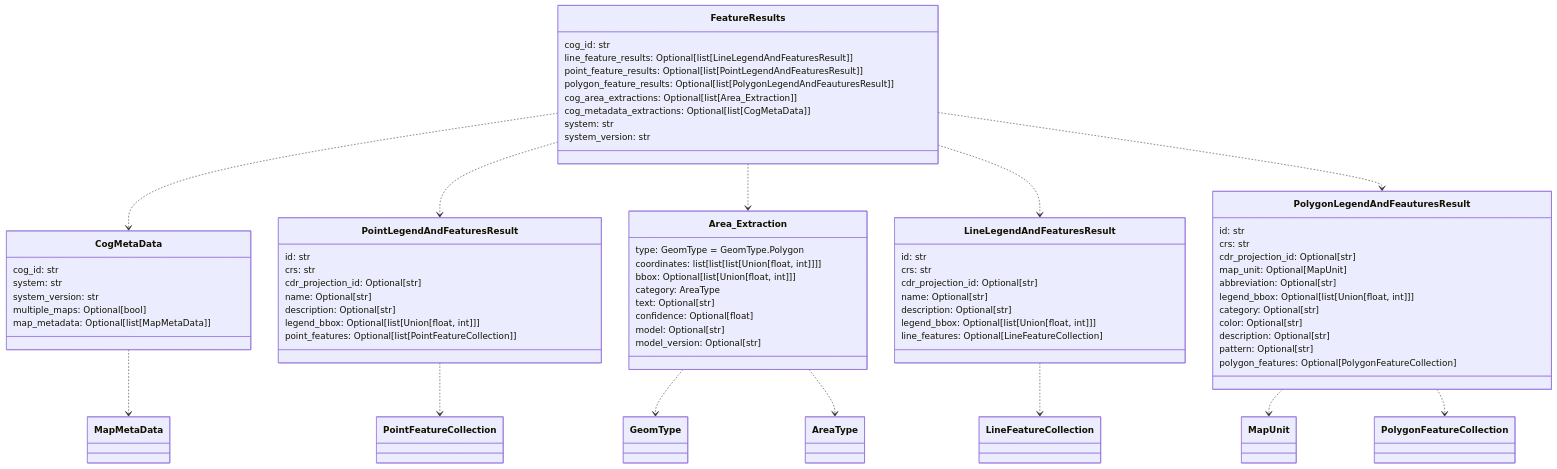
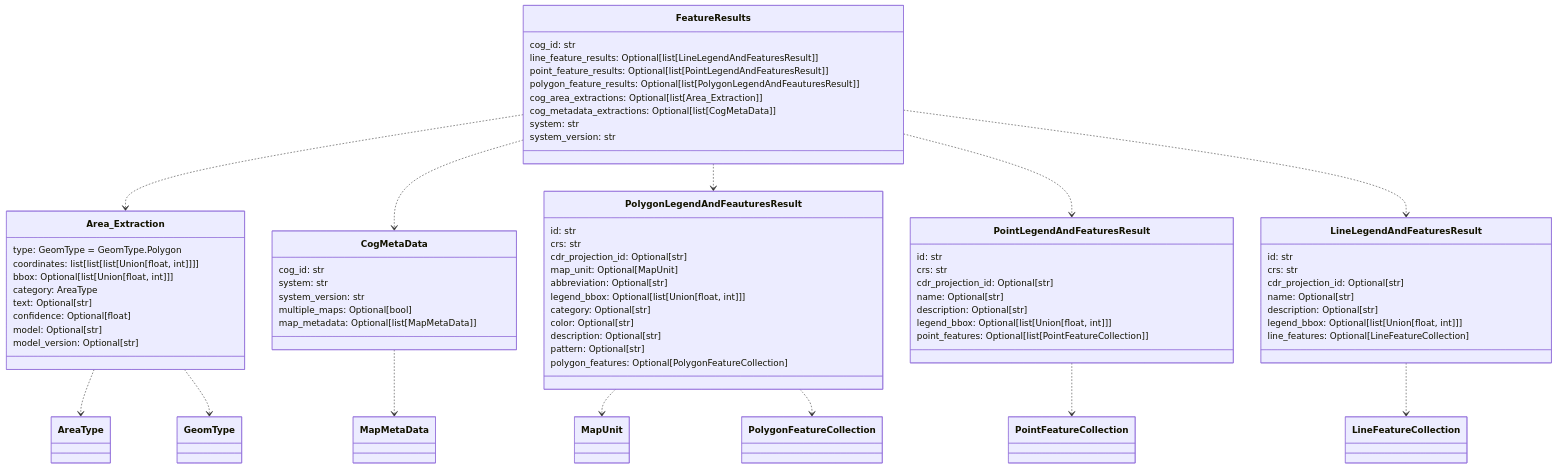
The third of 11 diagrams in README.md (DARPA-CRITICALMAAS/cdr_schemas), drawn with Mermaid before and after one commit. The commit also changed other lines of this file and 6 other files, not shown here.

Commit message:
ta2 schemas, docs, results changes

````diff
--- a/README.md
+++ b/README.md
@@ -188,82 +188,82 @@
 ```mermaid
 classDiagram
+
+    class Area_Extraction {
+        type: GeomType = GeomType.Polygon
+        coordinates: list[list[list[Union[float, int]]]]
+        bbox: Optional[list[Union[float, int]]]
+        category: AreaType
+        text: Optional[str]
+        confidence: Optional[float]
+        model: Optional[str]
+        model_version: Optional[str]
+    }
 
     class CogMetaData {
         cog_id: str
         system: str
         system_version: str
         multiple_maps: Optional[bool]
         map_metadata: Optional[list[MapMetaData]]
     }
 
     class FeatureResults {
         cog_id: str
         line_feature_results: Optional[list[LineLegendAndFeaturesResult]]
         point_feature_results: Optional[list[PointLegendAndFeaturesResult]]
         polygon_feature_results: Optional[list[PolygonLegendAndFeauturesResult]]
         cog_area_extractions: Optional[list[Area_Extraction]]
         cog_metadata_extractions: Optional[list[CogMetaData]]
         system: str
         system_version: str
     }
 
-    class PointLegendAndFeaturesResult {
-        id: str
-        crs: str
-        cdr_projection_id: Optional[str]
-        name: Optional[str]
-        description: Optional[str]
-        legend_bbox: Optional[list[Union[float, int]]]
-        point_features: Optional[list[PointFeatureCollection]]
-    }
-
-    class Area_Extraction {
-        type: GeomType = GeomType.Polygon
-        coordinates: list[list[list[Union[float, int]]]]
-        bbox: Optional[list[Union[float, int]]]
-        category: AreaType
-        text: Optional[str]
-        confidence: Optional[float]
-        model: Optional[str]
-        model_version: Optional[str]
-    }
-
-    class LineLegendAndFeaturesResult {
-        id: str
-        crs: str
-        cdr_projection_id: Optional[str]
-        name: Optional[str]
-        description: Optional[str]
-        legend_bbox: Optional[list[Union[float, int]]]
-        line_features: Optional[LineFeatureCollection]
-    }
-
     class PolygonLegendAndFeauturesResult {
         id: str
         crs: str
         cdr_projection_id: Optional[str]
         map_unit: Optional[MapUnit]
         abbreviation: Optional[str]
         legend_bbox: Optional[list[Union[float, int]]]
         category: Optional[str]
         color: Optional[str]
         description: Optional[str]
         pattern: Optional[str]
         polygon_features: Optional[PolygonFeatureCollection]
     }
 
+    class LineLegendAndFeaturesResult {
+        id: str
+        crs: str
+        cdr_projection_id: Optional[str]
+        name: Optional[str]
+        description: Optional[str]
+        legend_bbox: Optional[list[Union[float, int]]]
+        line_features: Optional[LineFeatureCollection]
+    }
+
+    class PointLegendAndFeaturesResult {
+        id: str
+        crs: str
+        cdr_projection_id: Optional[str]
+        name: Optional[str]
+        description: Optional[str]
+        legend_bbox: Optional[list[Union[float, int]]]
+        point_features: Optional[list[PointFeatureCollection]]
+    }
+
+    Area_Extraction ..> AreaType
     Area_Extraction ..> GeomType
-    Area_Extraction ..> AreaType
     LineLegendAndFeaturesResult ..> LineFeatureCollection
     PointLegendAndFeaturesResult ..> PointFeatureCollection
     PolygonLegendAndFeauturesResult ..> MapUnit
     PolygonLegendAndFeauturesResult ..> PolygonFeatureCollection
     CogMetaData ..> MapMetaData
+    FeatureResults ..> Area_Extraction
     FeatureResults ..> CogMetaData
+    FeatureResults ..> PolygonLegendAndFeauturesResult
     FeatureResults ..> PointLegendAndFeaturesResult
-    FeatureResults ..> Area_Extraction
     FeatureResults ..> LineLegendAndFeaturesResult
-    FeatureResults ..> PolygonLegendAndFeauturesResult
 
 
 ```
````
